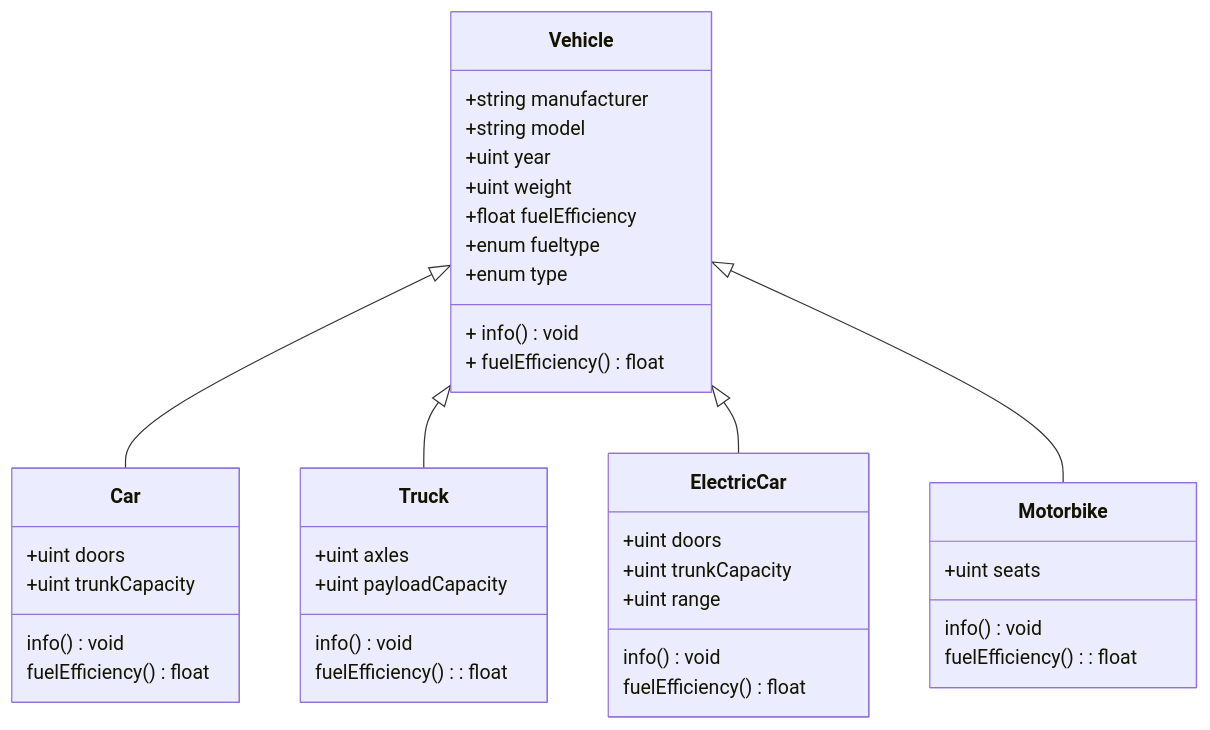
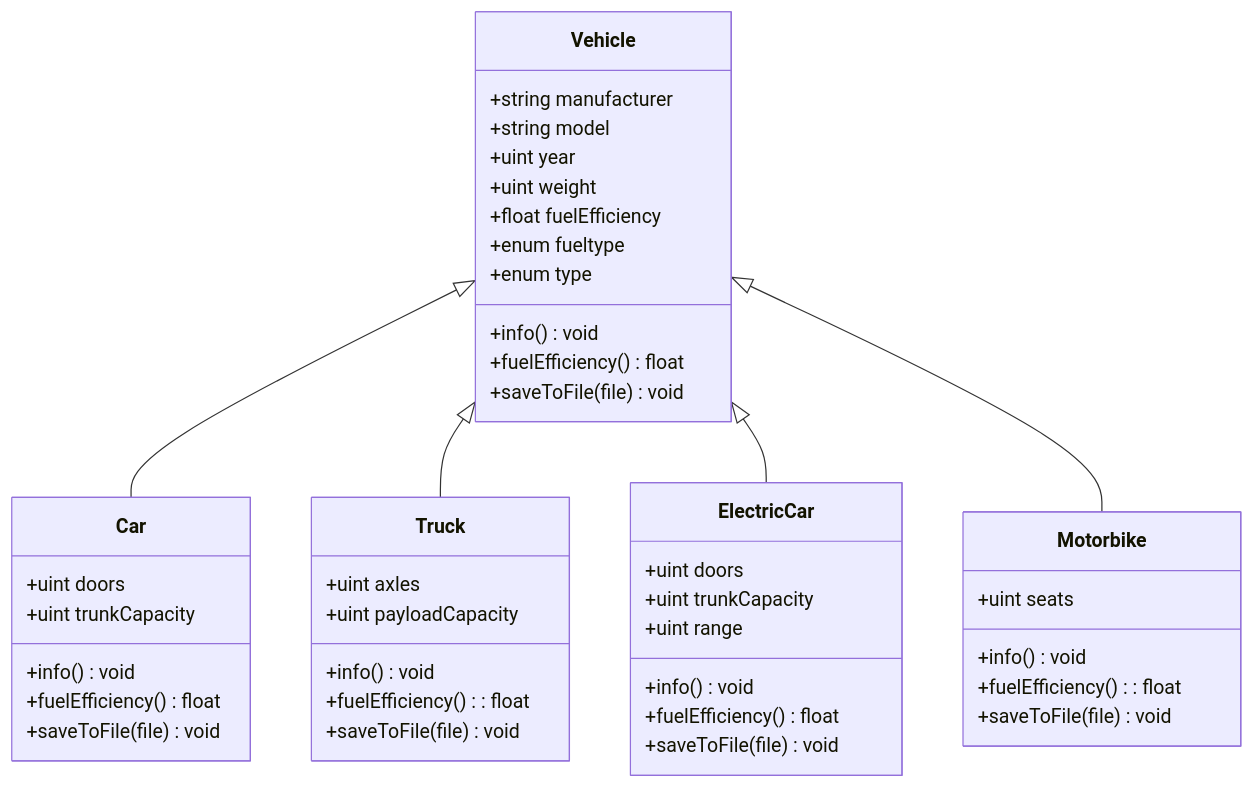
The first of 7 diagrams in FinalProject/Readme.md (asamaranch78/swatcplusplus25Q4), drawn with Mermaid before and after one commit.

Commit message:
Correction on vehicle class

````diff
--- a/FinalProject/Readme.md
+++ b/FinalProject/Readme.md
@@ -56,47 +56,52 @@
 ```mermaid
 classDiagram
 	Vehicle <|-- Car
 	Vehicle <|-- Truck
 	Vehicle <|-- ElectricCar
 	Vehicle <|-- Motorbike
 	
 	class Vehicle {
 		+string manufacturer
 		+string model
 		+uint year
 		+uint weight
 		+float fuelEfficiency
 		+enum fueltype
 		+enum type
-		+ info() void
-		+ fuelEfficiency() float
+		+info() void
+		+fuelEfficiency() float
+        +saveToFile(file) void
 	}
 
 	class Car {
 		+uint doors
 		+uint trunkCapacity
-		info() void
-		fuelEfficiency() float
+		+info() void
+		+fuelEfficiency() float
+        +saveToFile(file) void
 	}
 
 	class ElectricCar {
 		+uint doors
 		+uint trunkCapacity
 		+uint range
-		info() void
-		fuelEfficiency() float
+		+info() void
+		+fuelEfficiency() float
+        +saveToFile(file) void
 	}
 
 	class Truck {
 		+uint axles
 		+uint payloadCapacity
-		info() void
-		fuelEfficiency(): float
+		+info() void
+		+fuelEfficiency(): float
+        +saveToFile(file) void
 	}
 
 	class Motorbike {
 		+uint seats
-		info() void
-		fuelEfficiency(): float
+		+info() void
+		+fuelEfficiency(): float
+        +saveToFile(file) void
 	}
 ```
````
